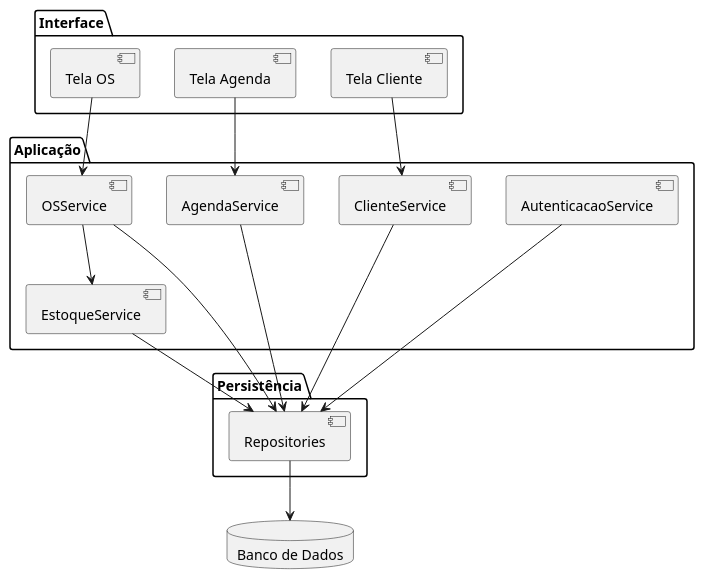
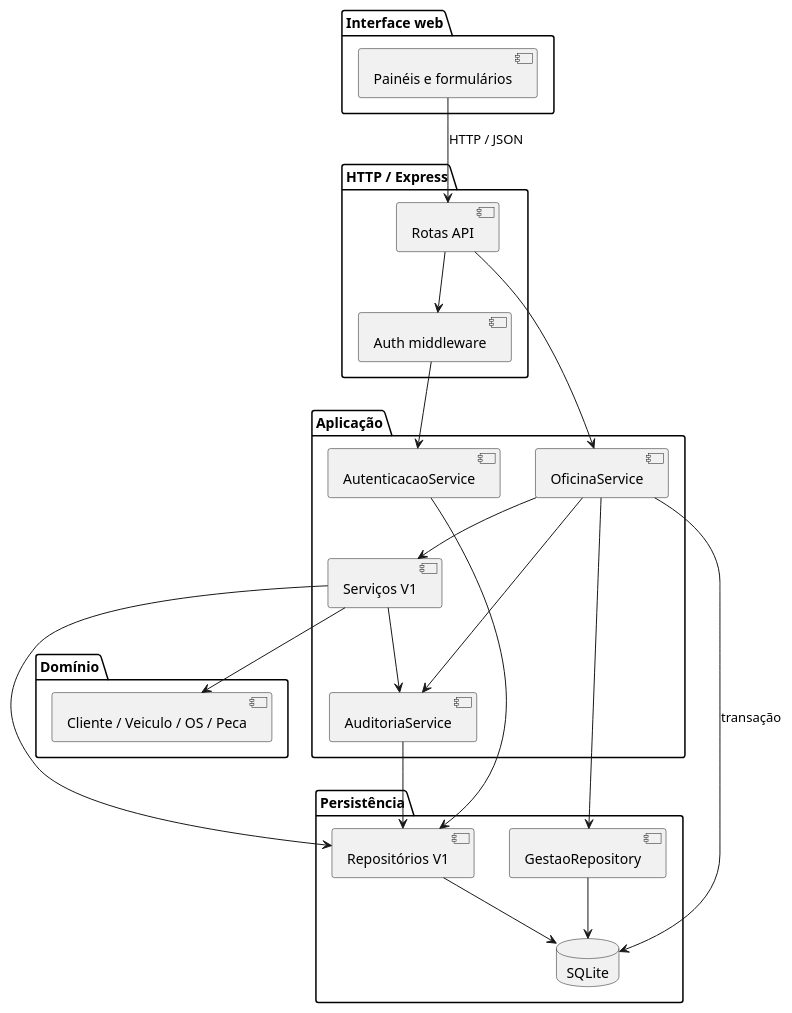
Before and after one commit to jeffbm/revisao-projeto-software-ufbra: the diagram in doc/uml/componentes.puml, drawn with PlantUML. The commit also changed 53 other files, not shown here.

```diff
--- a/doc/uml/componentes.puml
+++ b/doc/uml/componentes.puml
@@ -1,32 +1,38 @@
 @startuml
-package "Interface" {
-  [Tela Cliente]
-  [Tela Agenda]
-  [Tela OS]
+package "Interface web" {
+  [Painéis e formulários] as UI
 }
-
+package "HTTP / Express" {
+  [Auth middleware] as AUTH
+  [Rotas API] as API
+}
 package "Aplicação" {
-  [ClienteService]
-  [AgendaService]
-  [OSService]
-  [EstoqueService]
-  [AutenticacaoService]
+  [OficinaService] as OF
+  [AutenticacaoService] as AS
+  [Serviços V1] as SV
+  [AuditoriaService] as AU
 }
-
+package "Domínio" {
+  [Cliente / Veiculo / OS / Peca] as DOM
+}
 package "Persistência" {
-  [Repositories]
+  [Repositórios V1] as REPO
+  [GestaoRepository] as GR
+  database "SQLite" as DB
 }
-
-database "Banco de Dados" as DB
-
-[Tela Cliente] --> [ClienteService]
-[Tela Agenda] --> [AgendaService]
-[Tela OS] --> [OSService]
-[OSService] --> [EstoqueService]
-[ClienteService] --> [Repositories]
-[AgendaService] --> [Repositories]
-[OSService] --> [Repositories]
-[EstoqueService] --> [Repositories]
-[AutenticacaoService] --> [Repositories]
-[Repositories] --> DB
+UI --> API : HTTP / JSON
+API --> AUTH
+AUTH --> AS
+API --> OF
+OF --> SV
+OF --> GR
+OF --> AU
+OF --> DB : transação
+SV --> DOM
+SV --> REPO
+SV --> AU
+AS --> REPO
+AU --> REPO
+REPO --> DB
+GR --> DB
 @enduml
```
